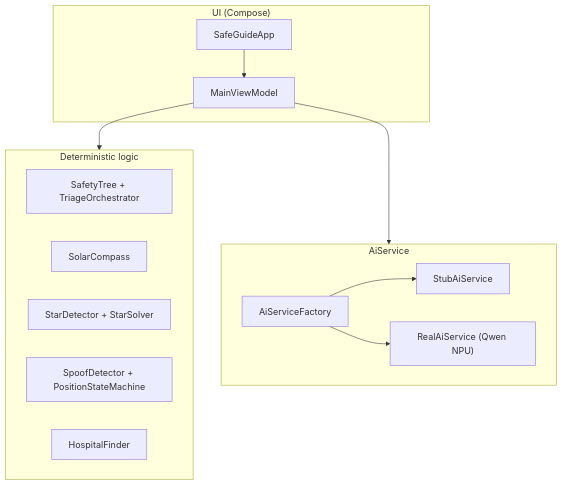
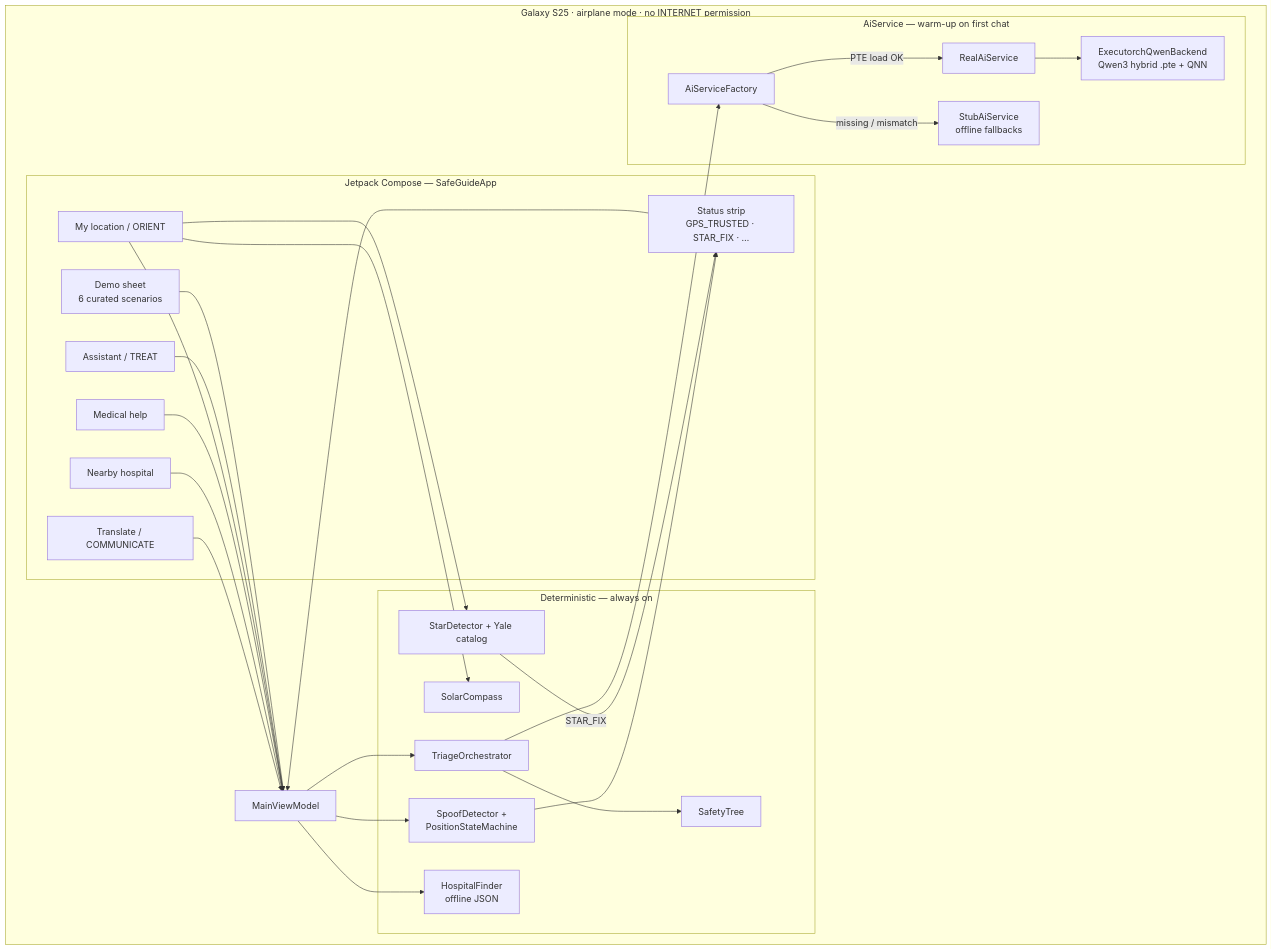
Before and after one commit to arpan-s-dev/QCOM: the diagram in README.md, drawn with Mermaid. The commit also changed other lines of this file, not shown here.

````diff
--- a/README.md
+++ b/README.md
@@ -65,24 +97,54 @@
 ```mermaid
-flowchart TD
-    subgraph ui["UI (Compose)"]
-        SS["SafeGuideApp"]
+flowchart TB
+    subgraph phone["Galaxy S25 · airplane mode · no INTERNET permission"]
+        subgraph ui["Jetpack Compose — SafeGuideApp"]
+            DEMO["Demo sheet\n6 curated scenarios"]
+            ASST["Assistant / TREAT"]
+            LOC["My location / ORIENT"]
+            MED["Medical help"]
+            HOSP["Nearby hospital"]
+            TRNS["Translate / COMMUNICATE"]
+            STRIP["Status strip\nGPS_TRUSTED · STAR_FIX · …"]
+        end
+
         VM["MainViewModel"]
+
+        subgraph det["Deterministic — always on"]
+            ST["SafetyTree"]
+            TRI["TriageOrchestrator"]
+            SC["SolarCompass"]
+            STAR["StarDetector + Yale catalog"]
+            POS["SpoofDetector +\nPositionStateMachine"]
+            HF["HospitalFinder\noffline JSON"]
+        end
+
+        subgraph ai["AiService — warm-up on first chat"]
+            FACT["AiServiceFactory"]
+            STUB["StubAiService\noffline fallbacks"]
+            REAL["RealAiService"]
+            QWEN["ExecutorchQwenBackend\nQwen3 hybrid .pte + QNN"]
+        end
     end
-    subgraph core["Deterministic logic"]
-        ST["SafetyTree + TriageOrchestrator"]
-        SC["SolarCompass"]
-        SN["StarDetector + StarSolver"]
-        SD["SpoofDetector + PositionStateMachine"]
-        HF["HospitalFinder"]
-    end
-    subgraph aiSvc["AiService"]
-        AF["AiServiceFactory"]
-        STUB["StubAiService"]
-        REAL["RealAiService (Qwen NPU)"]
-    end
-    SS --> VM
-    VM --> core
-    VM --> aiSvc
-    AF --> STUB
-    AF --> REAL
+
+    DEMO --> VM
+    ASST --> VM
+    LOC --> VM
+    MED --> VM
+    HOSP --> VM
+    TRNS --> VM
+    STRIP --> VM
+
+    VM --> TRI
+    TRI --> ST
+    TRI --> FACT
+    FACT -->|"PTE load OK"| REAL
+    FACT -->|"missing / mismatch"| STUB
+    REAL --> QWEN
+
+    LOC --> SC
+    LOC --> STAR
+    VM --> POS
+    VM --> HF
+    STAR -->|"STAR_FIX"| STRIP
+    POS --> STRIP
 ```
````
